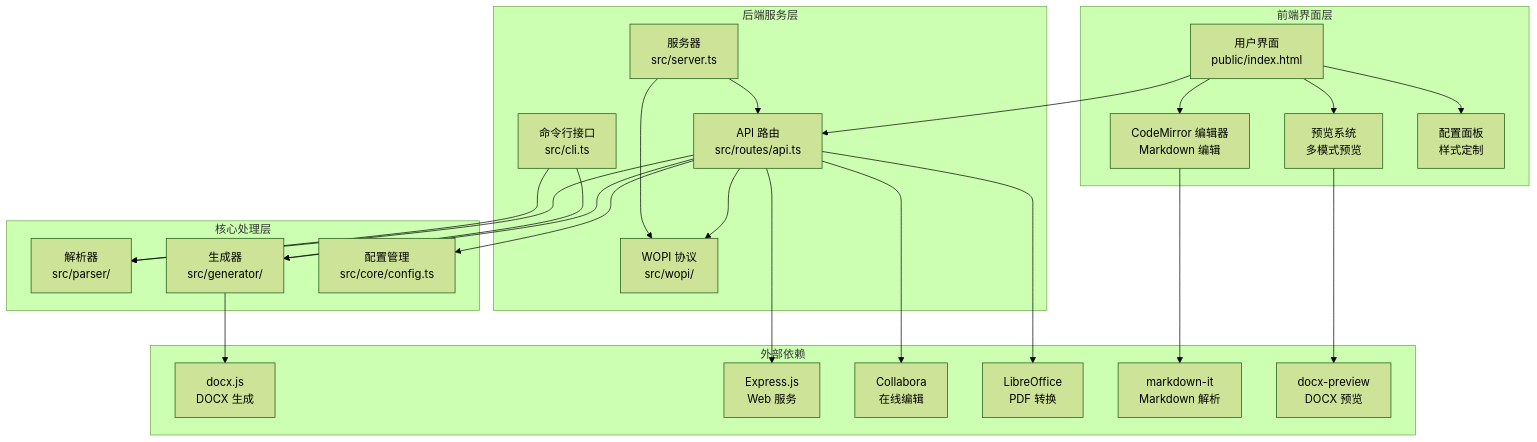
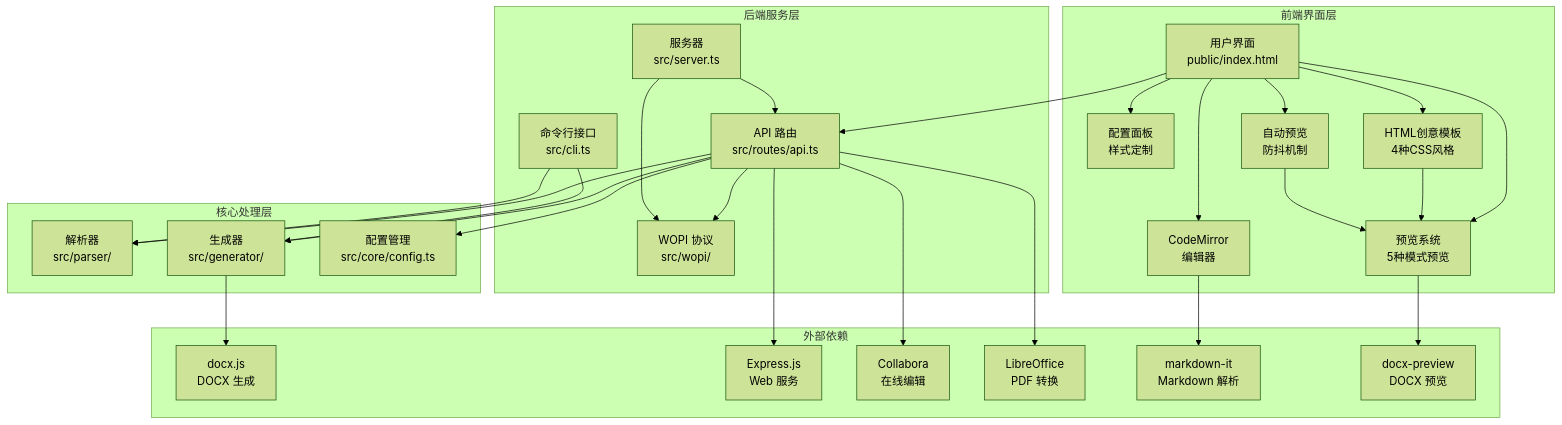
The first of 15 diagrams in .lingma/repowiki/zh/content/用户指南/前端界面现代化.md (wanwushelie/markdown-to-word-studio), drawn with Mermaid (forest theme) before and after one commit. The commit also changed other lines of this file and 1 other file, not shown here.

````diff
--- a/.lingma/repowiki/zh/content/用户指南/前端界面现代化.md
+++ b/.lingma/repowiki/zh/content/用户指南/前端界面现代化.md
@@ -64,46 +68,53 @@
 ```mermaid
 graph TB
 subgraph "前端界面层"
 UI[用户界面<br/>public/index.html]
 CodeMirror[CodeMirror 编辑器<br/>Markdown 编辑]
-Preview[预览系统<br/>多模式预览]
+Preview[预览系统<br/>5种模式预览]
 ConfigPanel[配置面板<br/>样式定制]
+HTMLTemplates[HTML创意模板<br/>4种CSS风格]
+AutoPreview[自动预览<br/>防抖机制]
 end
 subgraph "核心处理层"
 Parser[解析器<br/>src/parser/]
 Generator[生成器<br/>src/generator/]
 Config[配置管理<br/>src/core/config.ts]
 end
 subgraph "后端服务层"
 Server[服务器<br/>src/server.ts]
 WOPI[WOPI 协议<br/>src/wopi/]
 API[API 路由<br/>src/routes/api.ts]
 CLI[命令行接口<br/>src/cli.ts]
 end
 subgraph "外部依赖"
 DOCX[docx.js<br/>DOCX 生成]
 Express[Express.js<br/>Web 服务]
 Collabora[Collabora<br/>在线编辑]
 LibreOffice[LibreOffice<br/>PDF 转换]
 markdown-it[markdown-it<br/>Markdown 解析]
 docx-preview[docx-preview<br/>DOCX 预览]
+CodeMirror[CodeMirror<br/>编辑器]
 end
 UI --> CodeMirror
 UI --> Preview
 UI --> ConfigPanel
+UI --> HTMLTemplates
+UI --> AutoPreview
 UI --> API
 API --> Parser
 API --> Generator
 API --> Config
 API --> WOPI
 Server --> API
 Server --> WOPI
 CLI --> Parser
 CLI --> Generator
 Generator --> DOCX
 API --> Express
 API --> Collabora
 API --> LibreOffice
 CodeMirror --> markdown-it
 Preview --> docx-preview
+HTMLTemplates --> Preview
+AutoPreview --> Preview
 ```
````
